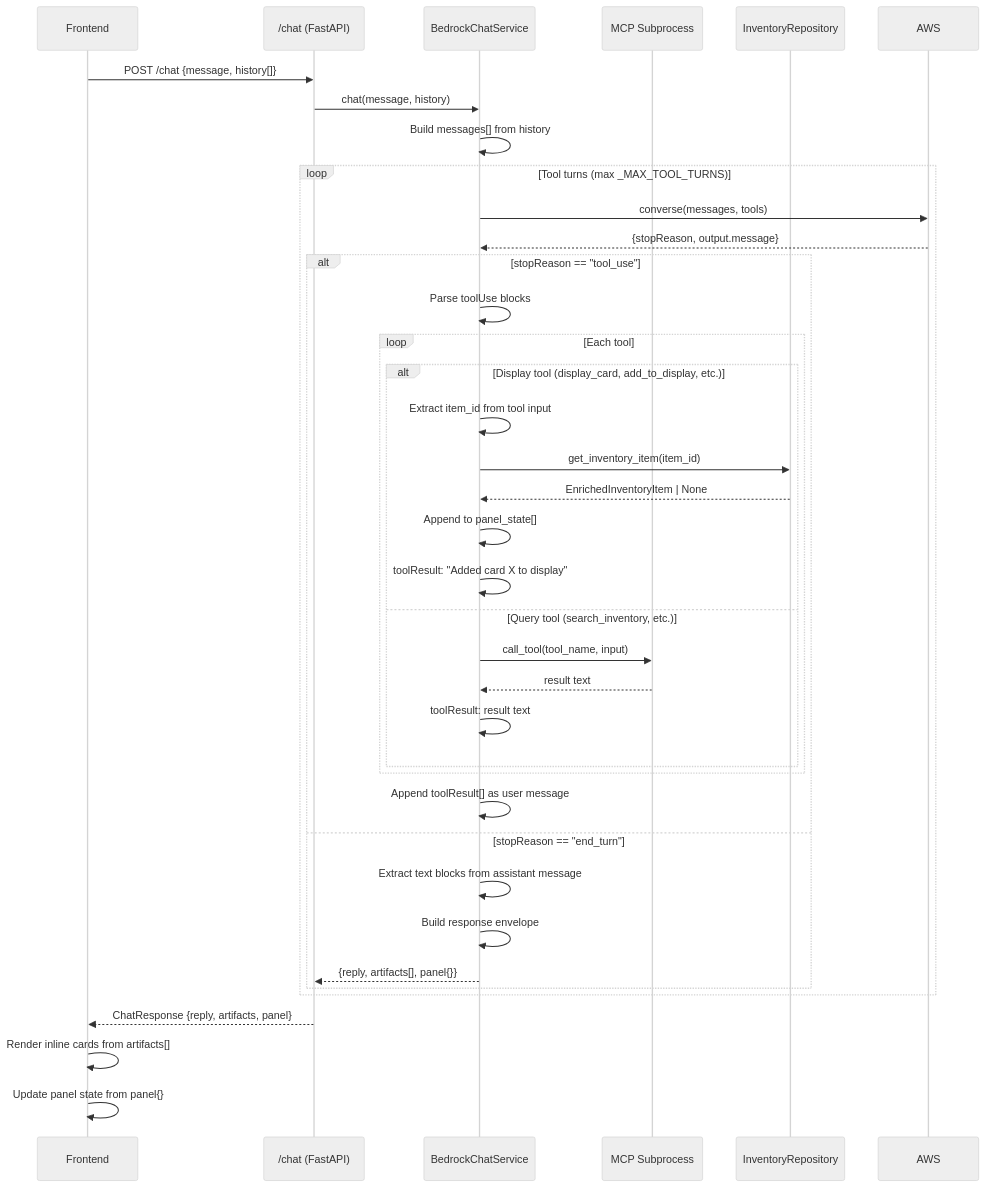
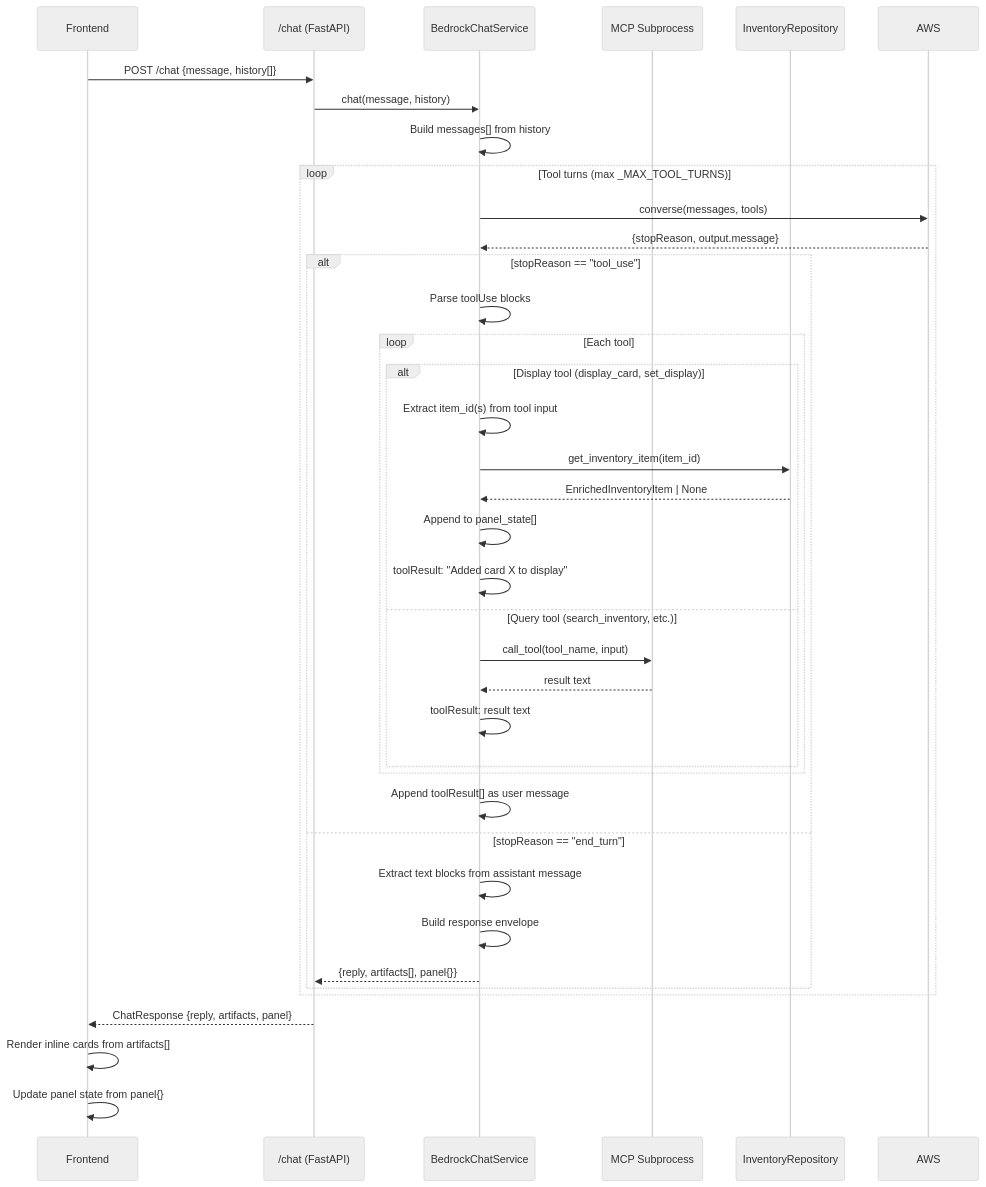
Before and after one commit to Merlin-s-Minty-Cards/MerlinsCollection: the diagram in docs/rfcs/0016-chat-display-artifacts.md, drawn with Mermaid (neutral theme). The commit also changed other lines of this file, not shown here.

First line of the commit message:
docs(rfc-0016): collapse panel tools into set_display; fix visibility and item_id premises

````diff
--- a/docs/rfcs/0016-chat-display-artifacts.md
+++ b/docs/rfcs/0016-chat-display-artifacts.md
@@ -21,43 +26,43 @@
 ```mermaid
 sequenceDiagram
     participant Frontend
     participant FastAPI as /chat (FastAPI)
     participant Bedrock as BedrockChatService
     participant MCP as MCP Subprocess
     participant Repo as InventoryRepository
 
     Frontend->>FastAPI: POST /chat {message, history[]}
     FastAPI->>Bedrock: chat(message, history)
     Bedrock->>Bedrock: Build messages[] from history
     
     loop Tool turns (max _MAX_TOOL_TURNS)
         Bedrock->>AWS: converse(messages, tools)
         AWS-->>Bedrock: {stopReason, output.message}
         
         alt stopReason == "tool_use"
             Bedrock->>Bedrock: Parse toolUse blocks
             loop Each tool
-                alt Display tool (display_card, add_to_display, etc.)
-                    Bedrock->>Bedrock: Extract item_id from tool input
+                alt Display tool (display_card, set_display)
+                    Bedrock->>Bedrock: Extract item_id(s) from tool input
                     Bedrock->>Repo: get_inventory_item(item_id)
                     Repo-->>Bedrock: EnrichedInventoryItem | None
                     Bedrock->>Bedrock: Append to panel_state[]
                     Bedrock->>Bedrock: toolResult: "Added card X to display"
                 else Query tool (search_inventory, etc.)
                     Bedrock->>MCP: call_tool(tool_name, input)
                     MCP-->>Bedrock: result text
                     Bedrock->>Bedrock: toolResult: result text
                 end
             end
             Bedrock->>Bedrock: Append toolResult[] as user message
         else stopReason == "end_turn"
             Bedrock->>Bedrock: Extract text blocks from assistant message
             Bedrock->>Bedrock: Build response envelope
             Bedrock-->>FastAPI: {reply, artifacts[], panel{}}
         end
     end
     
     FastAPI-->>Frontend: ChatResponse {reply, artifacts, panel}
     Frontend->>Frontend: Render inline cards from artifacts[]
     Frontend->>Frontend: Update panel state from panel{}
 ```
````
